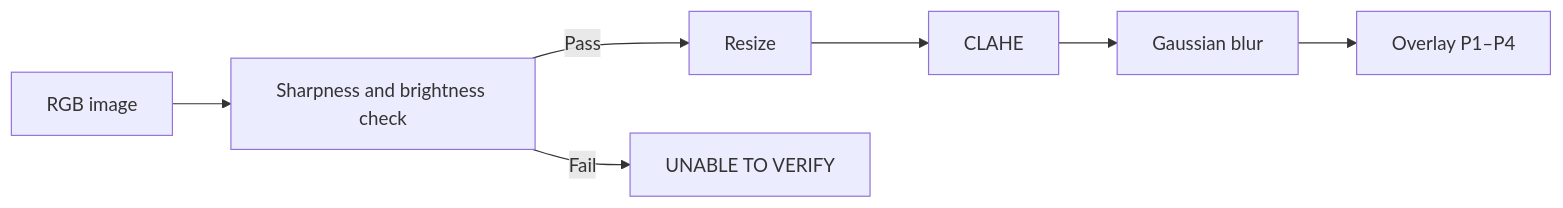
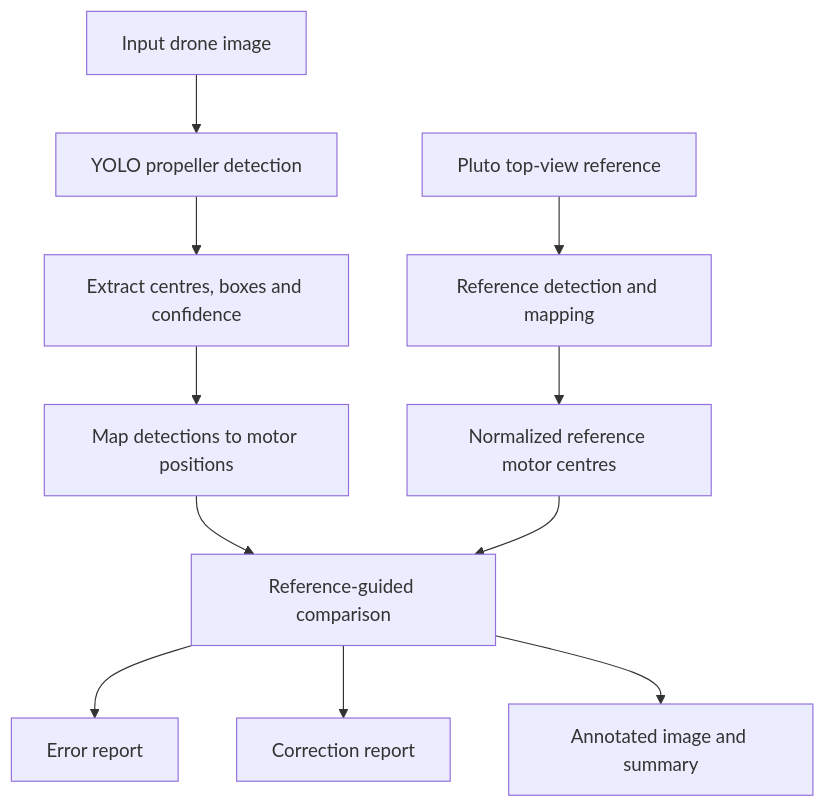
One commit to harshadjagtap17/Pluto-Drone-Propeller-Verification changed the diagram in README.md. Above: the diagram before and after it, drawn with Mermaid. The commit also changed other lines of this file, not shown here.

````diff
--- a/README.md
+++ b/README.md
@@ -115,6 +32,13 @@
 ```mermaid
-flowchart LR
-    A[RGB image] --> B[Sharpness and brightness check]
-    B -->|Pass| C[Resize] --> D[CLAHE] --> E[Gaussian blur] --> F[Overlay P1–P4]
-    B -->|Fail| X[UNABLE TO VERIFY]
+flowchart TD
+    A[Input drone image] --> B[YOLO propeller detection]
+    B --> C[Extract centres, boxes and confidence]
+    C --> D[Map detections to motor positions]
+    E[Pluto top-view reference] --> F[Reference detection and mapping]
+    F --> G[Normalized reference motor centres]
+    D --> H[Reference-guided comparison]
+    G --> H
+    H --> I[Error report]
+    H --> J[Correction report]
+    H --> K[Annotated image and summary]
 ```
````
